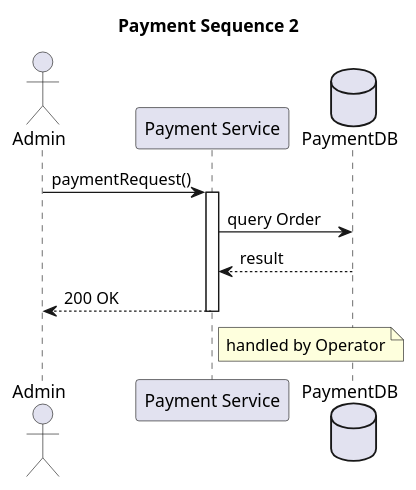
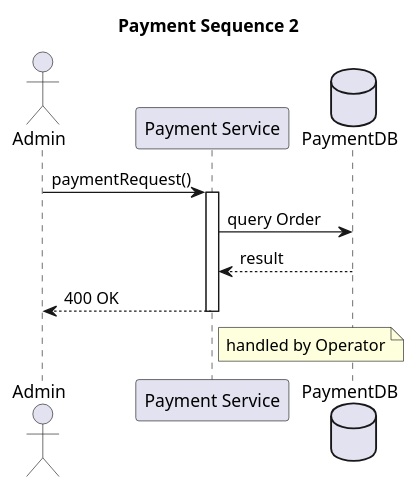
The diagram in 002_sequence_payment.md (TTihomir/PlantUML-diagrams), drawn with PlantUML before and after one commit.

Commit message:
Change response status from 200 OK to 400 OK

````diff
--- a/002_sequence_payment.md
+++ b/002_sequence_payment.md
@@ -3,15 +3,15 @@
 ```plantuml
 @startuml
 title Payment Sequence 2
 actor Admin as A
 participant "Payment Service" as S
 database "PaymentDB" as DB
 A -> S : paymentRequest()
 activate S
 S -> DB : query Order
 DB --> S : result
-S --> A : 200 OK
+S --> A : 400 OK
 deactivate S
 note right of S : handled by Operator
 @enduml
 ```
````
